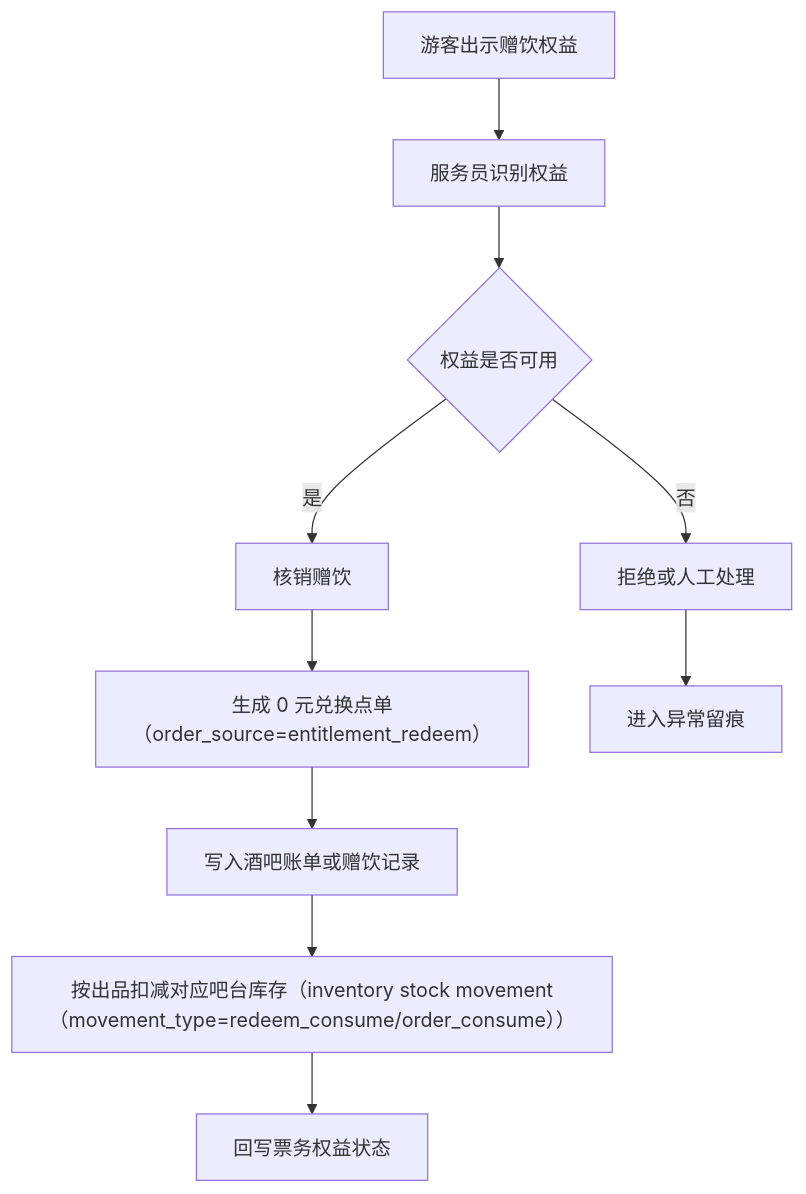
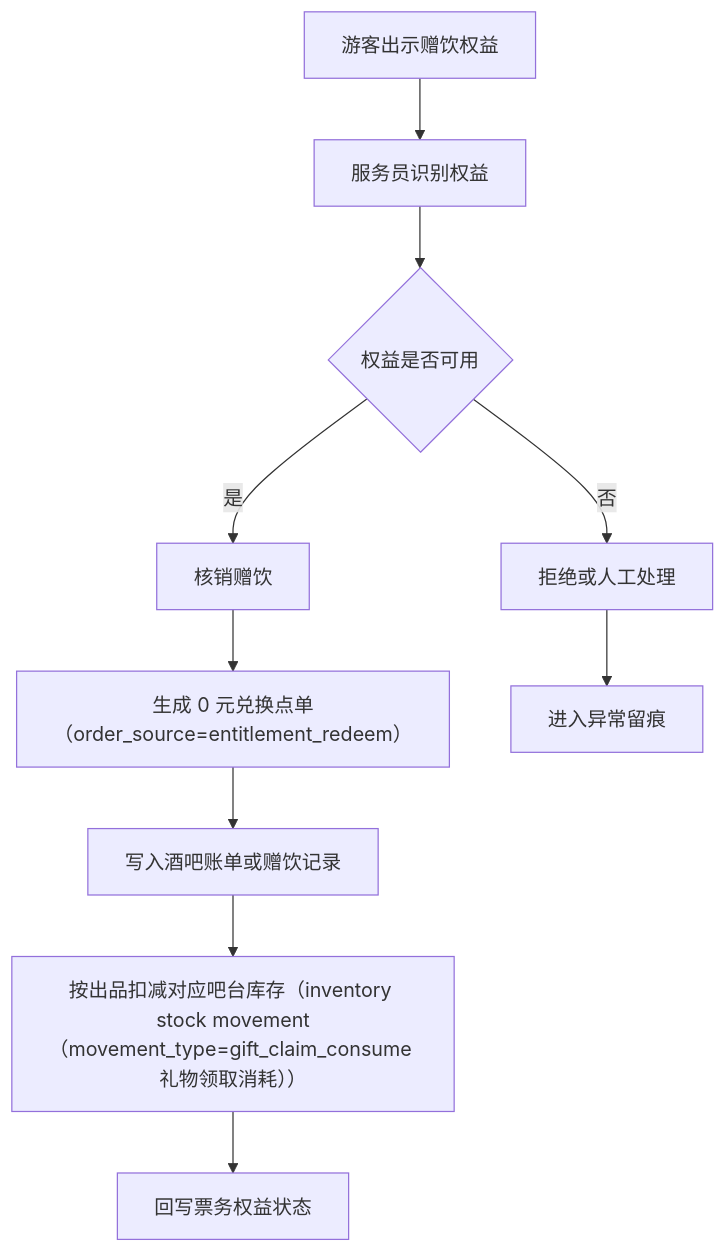
The second of 6 diagrams in docs/bar-business-operations-product-prd-v0.1.md (jxh1979/mall), drawn with Mermaid before and after one commit. The commit also changed other lines of this file and 150 other files, not shown here.

````diff
--- a/docs/bar-business-operations-product-prd-v0.1.md
+++ b/docs/bar-business-operations-product-prd-v0.1.md
@@ -261,12 +261,12 @@
 ```mermaid
 flowchart TD
   A["游客出示赠饮权益"] --> B["服务员识别权益"]
   B --> C{"权益是否可用"}
   C -- 是 --> D["核销赠饮"]
   D --> D1["生成 0 元兑换点单（order_source=entitlement_redeem）"]
   D1 --> E["写入酒吧账单或赠饮记录"]
-  E --> E1["按出品扣减对应吧台库存（inventory stock movement（movement_type=redeem_consume/order_consume））"]
+  E --> E1["按出品扣减对应吧台库存（inventory stock movement（movement_type=gift_claim_consume 礼物领取消耗））"]
   C -- 否 --> F["拒绝或人工处理"]
   E1 --> G["回写票务权益状态"]
   F --> H["进入异常留痕"]
 ```
````
